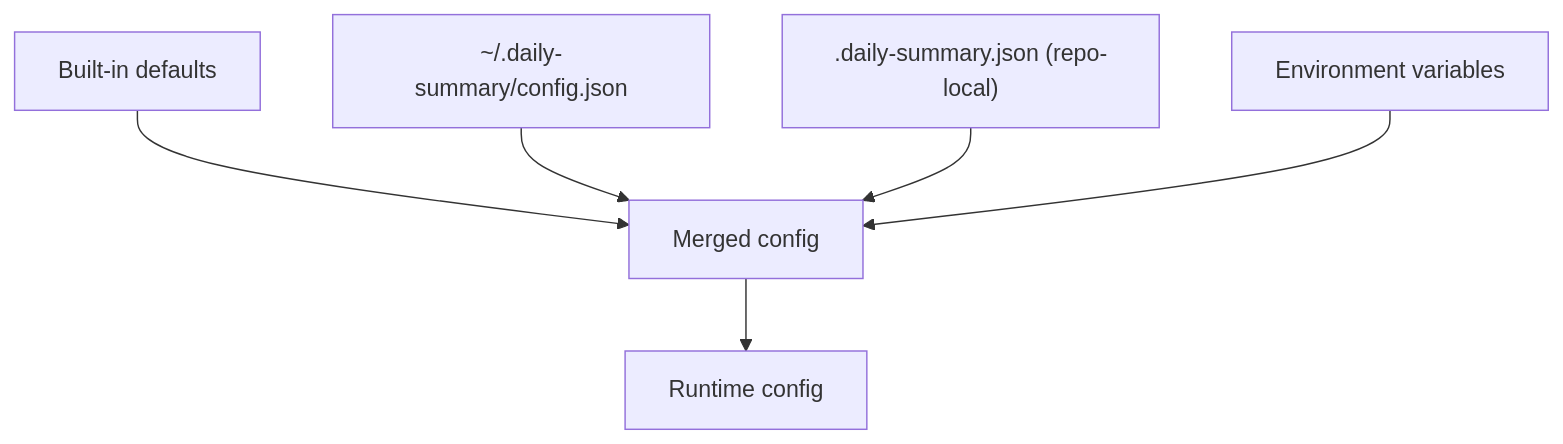
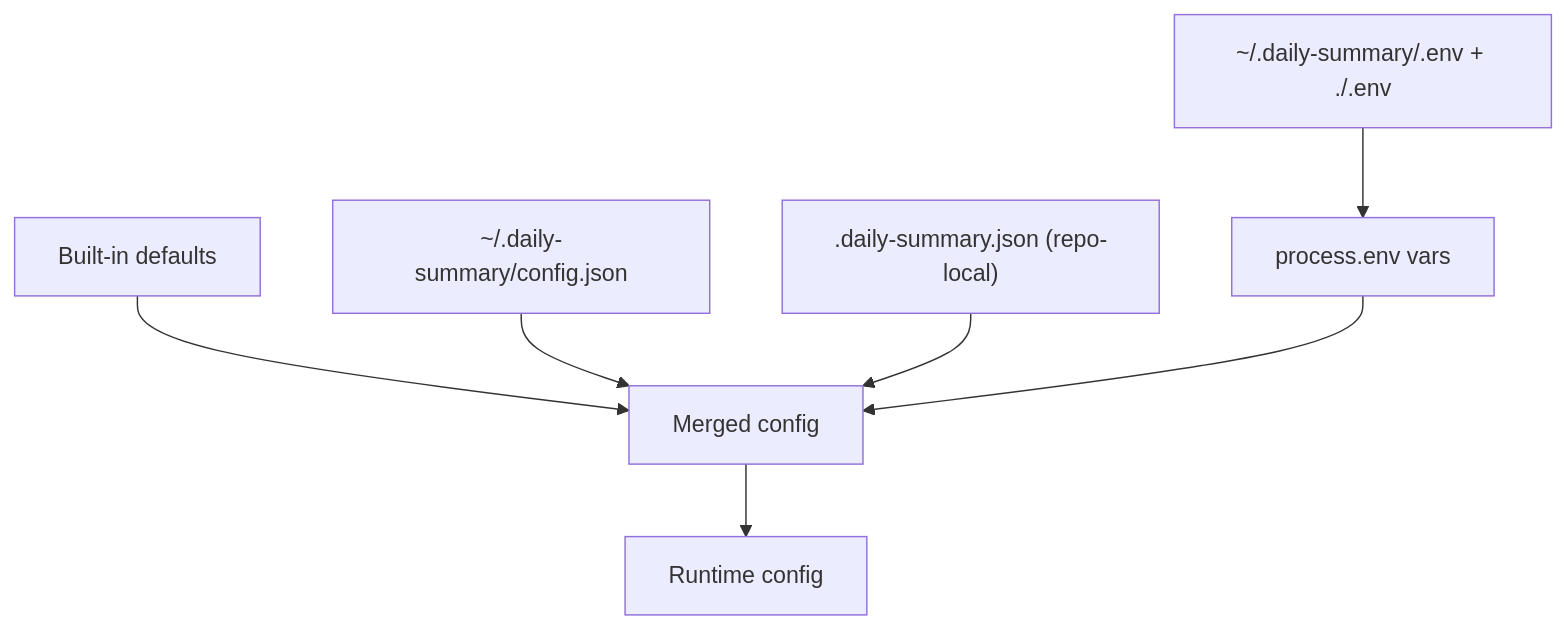
Before and after one commit to Vedant1202/work-summarizer: the third of 4 diagrams in website/docs/introduction.md, drawn with Mermaid. The commit also changed other lines of this file and 1 other file, not shown here.

First line of the commit message:
docs: fix mermaid diagrams to accurately reflect current architecture

````diff
--- a/website/docs/introduction.md
+++ b/website/docs/introduction.md
@@ -73,8 +72,9 @@
 ```mermaid
 flowchart TD
-  A["Built-in defaults"] --> E["Merged config"]
-  B["~/.daily-summary/config.json"] --> E
-  C[".daily-summary.json (repo-local)"] --> E
-  D["Environment variables"] --> E
-  E --> F["Runtime config"]
+  A["Built-in defaults"] --> F["Merged config"]
+  B["~/.daily-summary/config.json"] --> F
+  C[".daily-summary.json (repo-local)"] --> F
+  D["~/.daily-summary/.env + ./.env"] --> E["process.env vars"]
+  E --> F
+  F --> G["Runtime config"]
 ```
````
